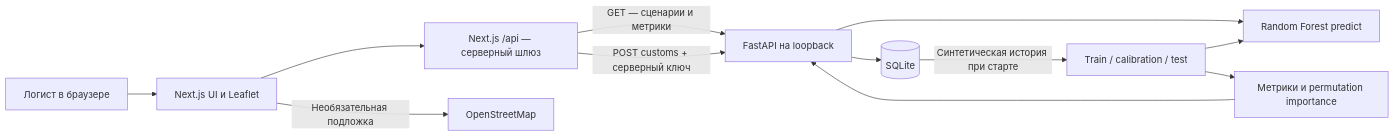
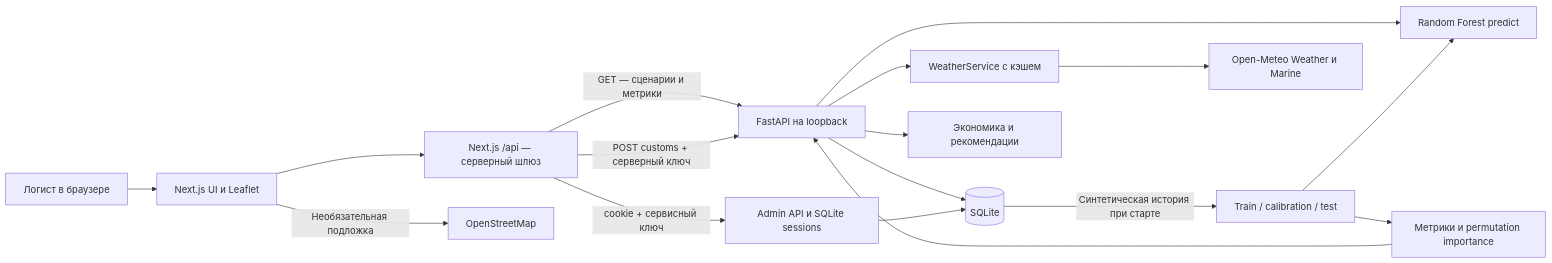
The diagram in docs/ARCHITECTURE.md (dalga21/CaspiFlow), drawn with Mermaid before and after one commit. The commit also changed other lines of this file and 40 other files, not shown here.

Commit message:
feat: add live weather modes, protected operator admin and economic recommendations

````diff
--- a/docs/ARCHITECTURE.md
+++ b/docs/ARCHITECTURE.md
@@ -5,14 +5,19 @@
 ```mermaid
 flowchart LR
     User[Логист в браузере] --> UI[Next.js UI и Leaflet]
     UI --> Gateway[Next.js /api — серверный шлюз]
     Gateway -->|GET — сценарии и метрики| API[FastAPI на loopback]
     Gateway -->|POST customs + серверный ключ| API
     API --> DB[(SQLite)]
     API --> RF[Random Forest predict]
     DB -->|Синтетическая история при старте| Train[Train / calibration / test]
     Train --> RF
     Train --> Explain[Метрики и permutation importance]
     Explain --> API
     UI -->|Необязательная подложка| OSM[OpenStreetMap]
+    API --> Weather[WeatherService с кэшем]
+    Weather --> Meteo[Open-Meteo Weather и Marine]
+    API --> Decision[Экономика и рекомендации]
+    Gateway -->|cookie + сервисный ключ| Admin[Admin API и SQLite sessions]
+    Admin --> DB
 ```
````
